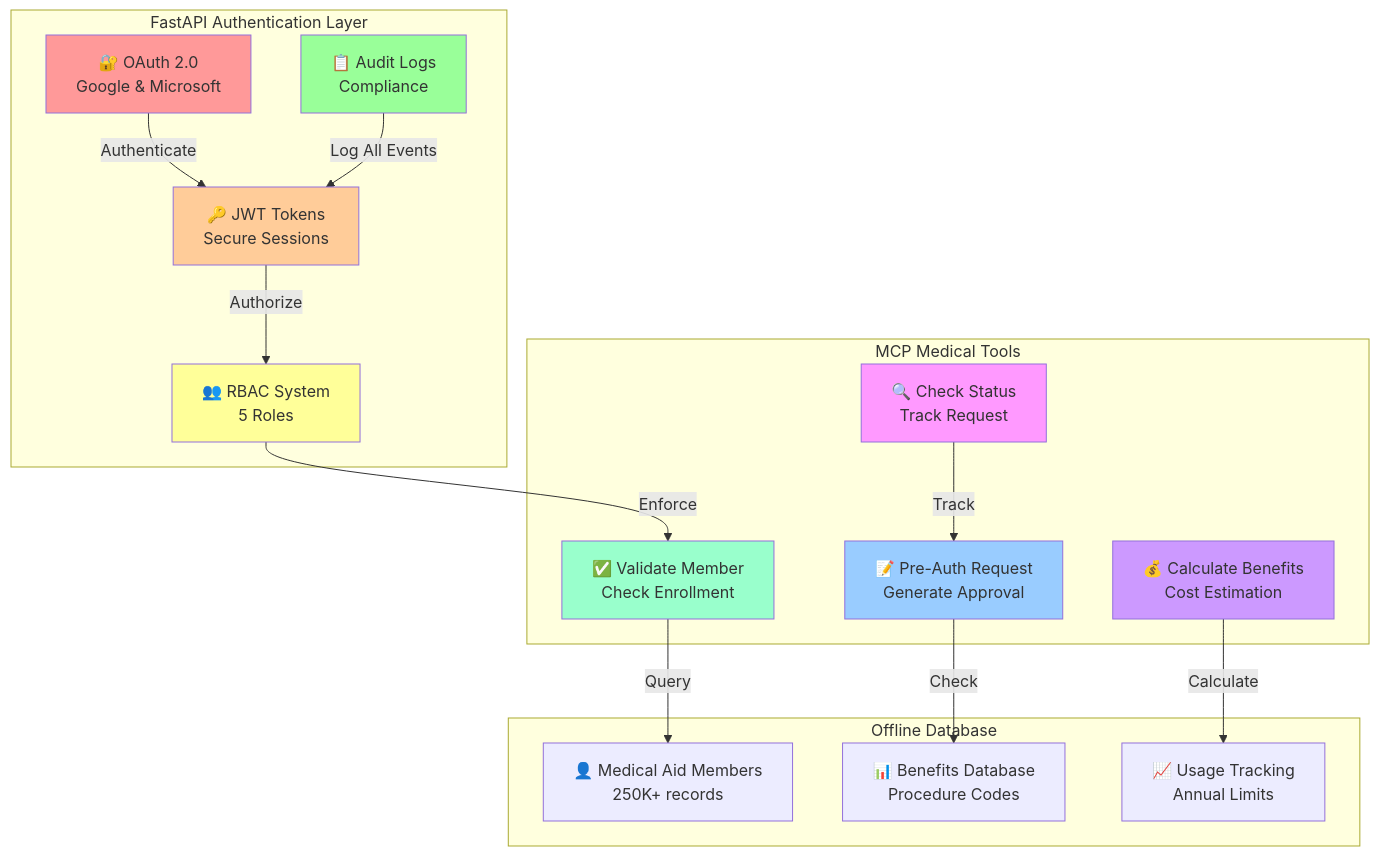
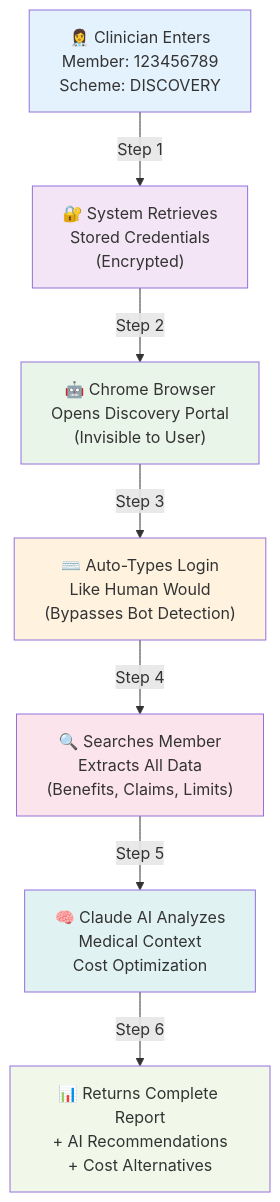
One commit to Jobeer1/Ubuntu-Patient-Care changed the second of 6 diagrams in mcp-medical-server/README.md. Above: the diagram before and after it, drawn with Mermaid. The commit also changed other lines of this file and 37 other files, not shown here.

Commit message:
Major system updates: Enhanced MCP medical server, PACS NAS integration improvements, Philips QC checklists, and AI brain integration features (credentials sanitized)

````diff
--- a/mcp-medical-server/README.md
+++ b/mcp-medical-server/README.md
@@ -70,41 +177,17 @@
 ```mermaid
 graph TB
-    subgraph "FastAPI Authentication Layer"
-        OAuth["🔐 OAuth 2.0<br/>Google & Microsoft"]
-        JWT["🔑 JWT Tokens<br/>Secure Sessions"]
-        RBAC["👥 RBAC System<br/>5 Roles"]
-        Audit["📋 Audit Logs<br/>Compliance"]
-    end
+    A["👩‍⚕️ Clinician Enters<br/>Member: 123456789<br/>Scheme: DISCOVERY"] -->|Step 1| B["🔐 System Retrieves<br/>Stored Credentials<br/>(Encrypted)"]
+    B -->|Step 2| C["🤖 Chrome Browser<br/>Opens Discovery Portal<br/>(Invisible to User)"]
+    C -->|Step 3| D["⌨️ Auto-Types Login<br/>Like Human Would<br/>(Bypasses Bot Detection)"]
+    D -->|Step 4| E["🔍 Searches Member<br/>Extracts All Data<br/>(Benefits, Claims, Limits)"]
+    E -->|Step 5| F["🧠 Claude AI Analyzes<br/>Medical Context<br/>Cost Optimization"]
+    F -->|Step 6| G["📊 Returns Complete Report<br/>+ AI Recommendations<br/>+ Cost Alternatives"]
     
-    subgraph "MCP Medical Tools"
-        Validate["✅ Validate Member<br/>Check Enrollment"]
-        Preauth["📝 Pre-Auth Request<br/>Generate Approval"]
-        Benefits["💰 Calculate Benefits<br/>Cost Estimation"]
-        Status["🔍 Check Status<br/>Track Request"]
-    end
-    
-    subgraph "Offline Database"
-        Members["👤 Medical Aid Members<br/>250K+ records"]
-        SchemeData["📊 Benefits Database<br/>Procedure Codes"]
-        Utilization["📈 Usage Tracking<br/>Annual Limits"]
-    end
-    
-    OAuth -->|Authenticate| JWT
-    JWT -->|Authorize| RBAC
-    RBAC -->|Enforce| Validate
-    Validate -->|Query| Members
-    Preauth -->|Check| SchemeData
-    Benefits -->|Calculate| Utilization
-    Status -->|Track| Preauth
-    
-    Audit -->|Log All Events| JWT
-    
-    style OAuth fill:#ff9999
-    style JWT fill:#ffcc99
-    style RBAC fill:#ffff99
-    style Audit fill:#99ff99
-    style Validate fill:#99ffcc
-    style Preauth fill:#99ccff
-    style Benefits fill:#cc99ff
-    style Status fill:#ff99ff
+    style A fill:#e3f2fd
+    style B fill:#f3e5f5
+    style C fill:#e8f5e8
+    style D fill:#fff3e0
+    style E fill:#fce4ec
+    style F fill:#e0f2f1
+    style G fill:#f1f8e9
 ```
````
